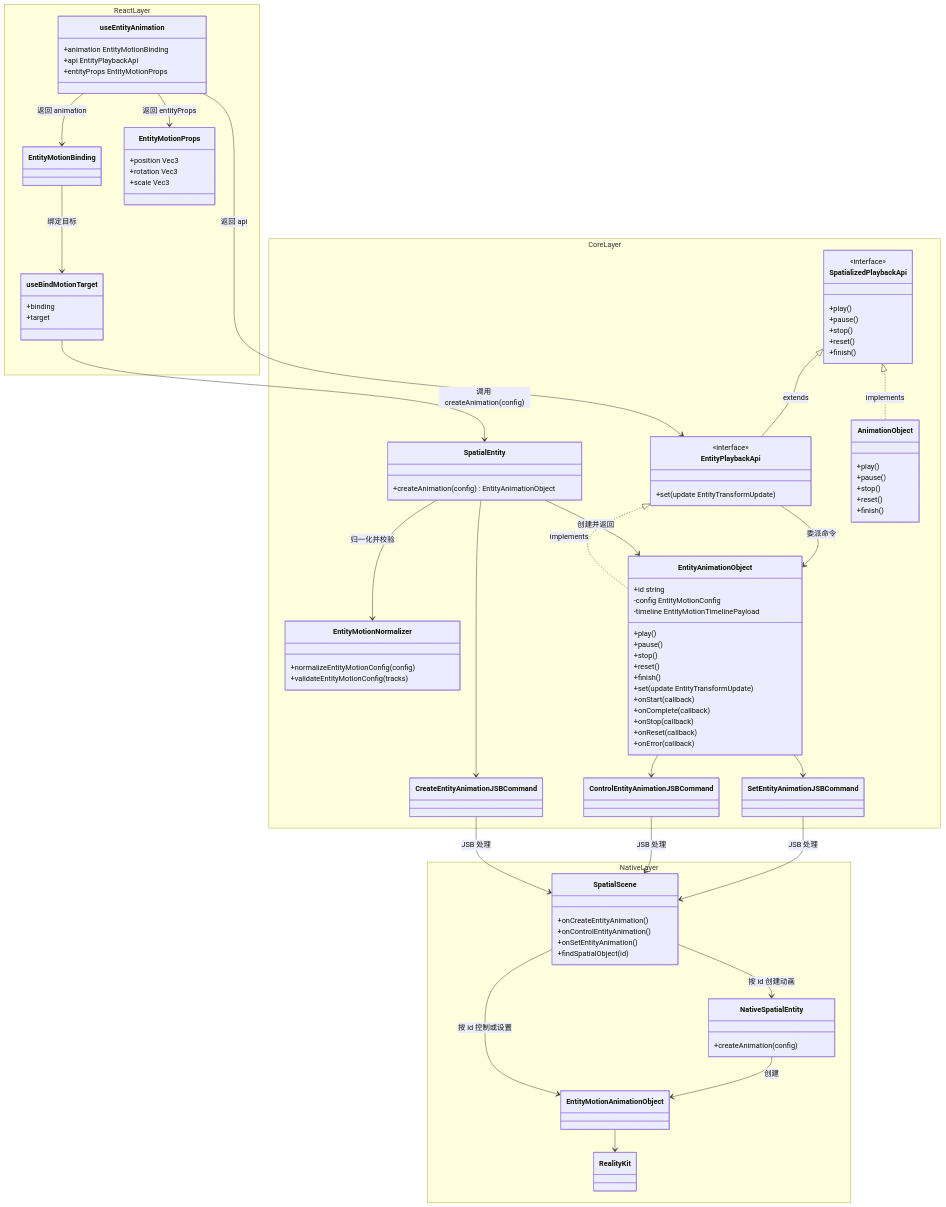
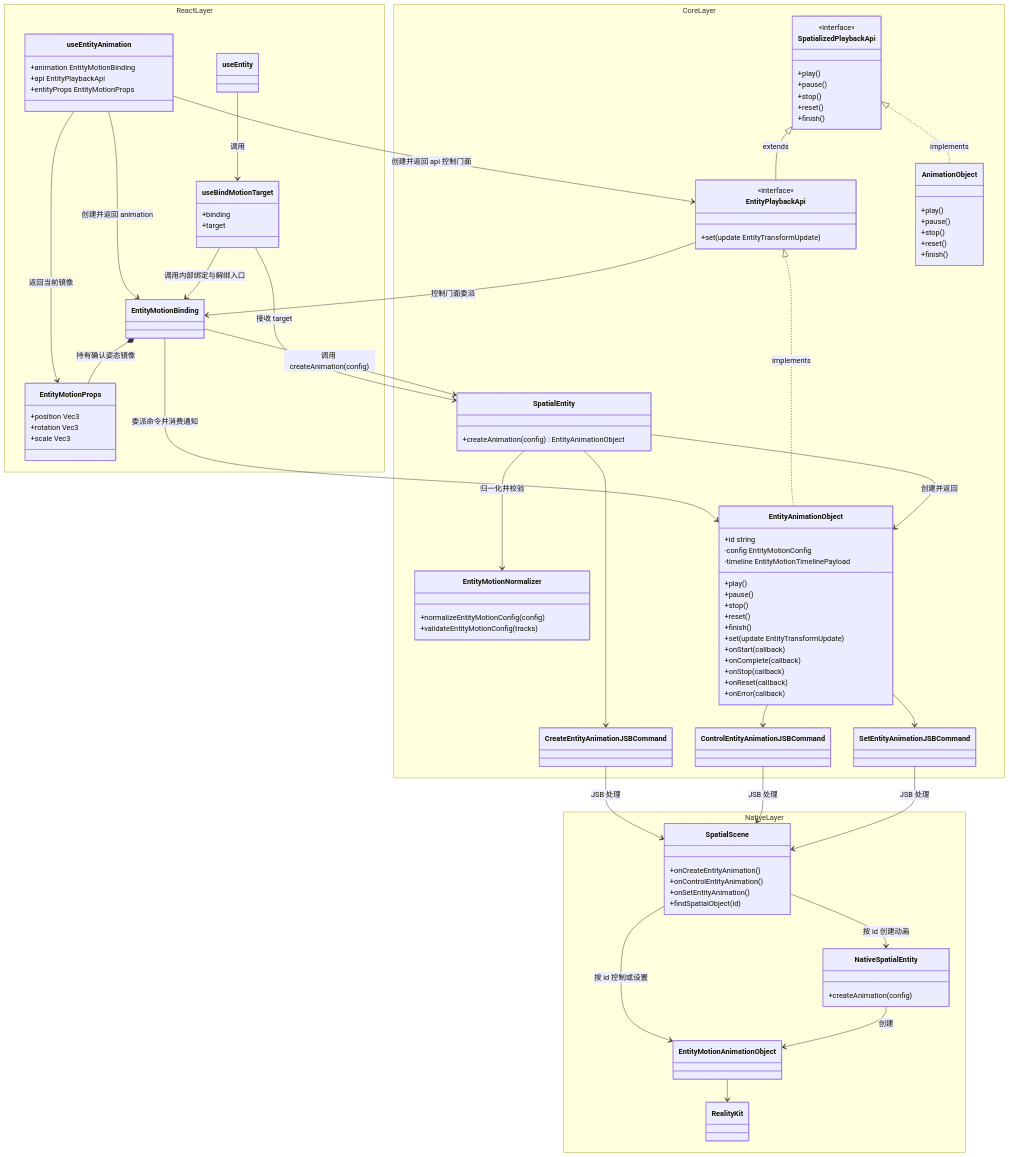
One commit to webspatial/webspatial-sdk changed the second of 14 diagrams in openspec/changes/redesign-entity-motion-api/design.zh.md. Above: the diagram before and after it, drawn with Mermaid. The commit also changed other lines of this file and 1 other file, not shown here.

Commit message:
docs: clarify entity motion React object roles

```diff
--- a/openspec/changes/redesign-entity-motion-api/design.zh.md
+++ b/openspec/changes/redesign-entity-motion-api/design.zh.md
@@ -194,6 +194,7 @@
             +api EntityPlaybackApi
             +entityProps EntityMotionProps
         }
+        class useEntity
         class EntityMotionBinding
         class EntityMotionProps {
             +position Vec3
@@ -265,17 +266,21 @@
         class EntityMotionAnimationObject
         class RealityKit
     }
-    useEntityAnimation --> EntityMotionBinding : 返回 animation
-    useEntityAnimation --> EntityPlaybackApi : 返回 api
-    useEntityAnimation --> EntityMotionProps : 返回 entityProps
-    EntityMotionBinding --> useBindMotionTarget : 绑定目标
-    useBindMotionTarget --> SpatialEntity : 调用 createAnimation(config)
+    useEntityAnimation --> EntityMotionBinding : 创建并返回 animation
+    useEntityAnimation --> EntityPlaybackApi : 创建并返回 api 控制门面
+    useEntityAnimation --> EntityMotionProps : 返回当前镜像
+    EntityMotionBinding *-- EntityMotionProps : 持有确认姿态镜像
+    useEntity --> useBindMotionTarget : 调用
+    useBindMotionTarget --> EntityMotionBinding : 调用内部绑定与解绑入口
+    useBindMotionTarget --> SpatialEntity : 接收 target
+    EntityPlaybackApi --> EntityMotionBinding : 控制门面委派
+    EntityMotionBinding --> SpatialEntity : 调用 createAnimation(config)
+    EntityMotionBinding --> EntityAnimationObject : 委派命令并消费通知
     SpatialEntity --> EntityMotionNormalizer : 归一化并校验
     SpatializedPlaybackApi <|-- EntityPlaybackApi : extends
     SpatializedPlaybackApi <|.. AnimationObject : implements
     EntityPlaybackApi <|.. EntityAnimationObject : implements
     SpatialEntity --> EntityAnimationObject : 创建并返回
-    EntityPlaybackApi --> EntityAnimationObject : 委派命令
     SpatialEntity --> CreateEntityAnimationJSBCommand
     EntityAnimationObject --> ControlEntityAnimationJSBCommand
     EntityAnimationObject --> SetEntityAnimationJSBCommand
```
